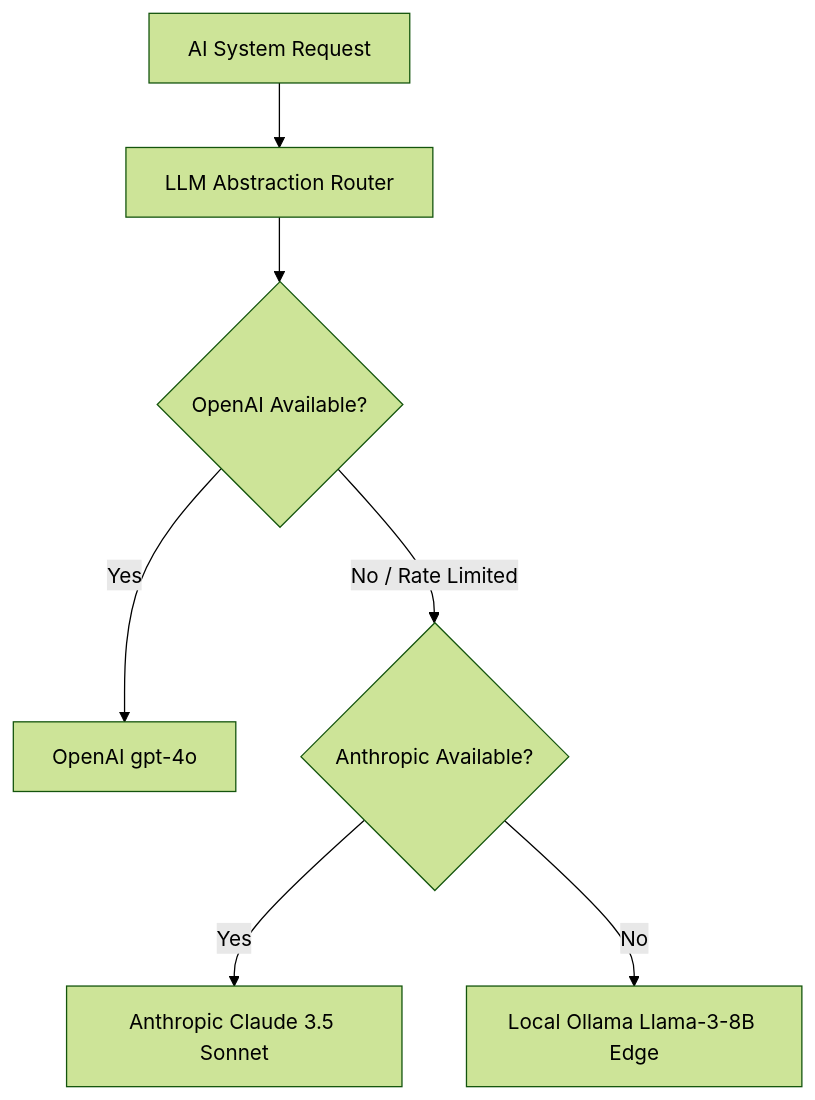
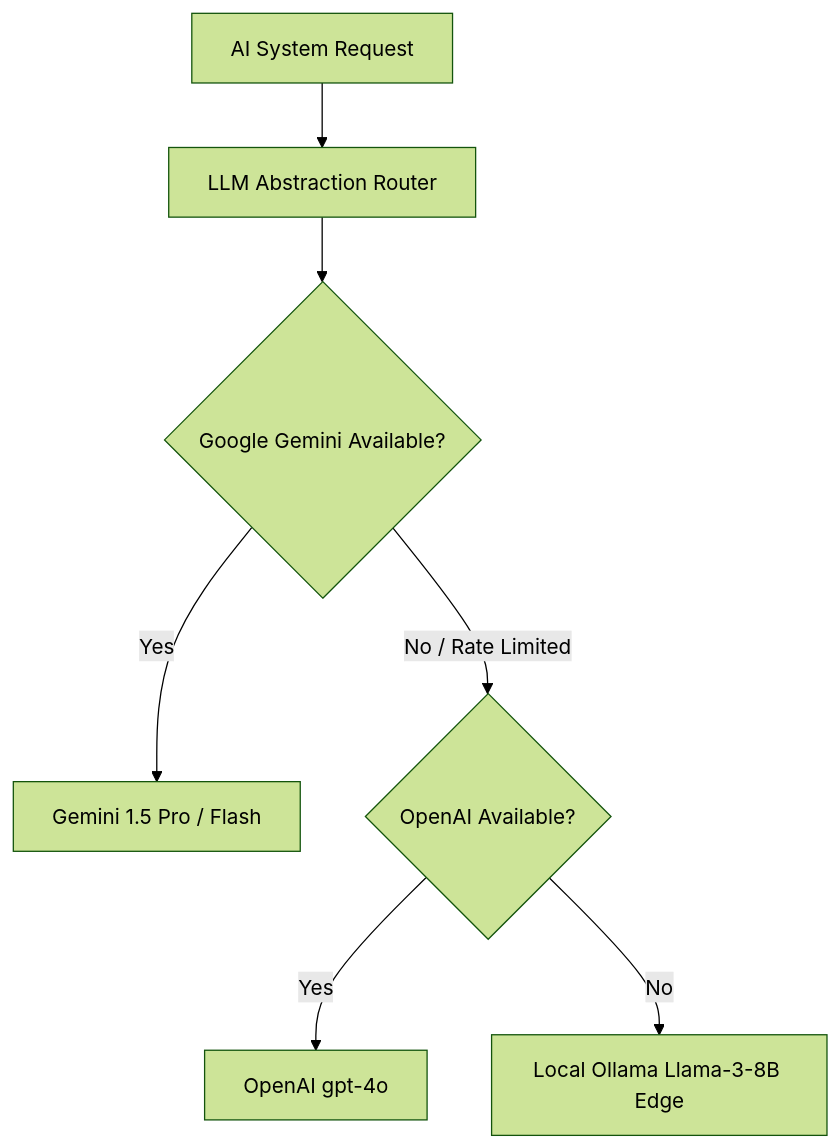
One commit to Mukherjee-Rik/ProjectAtlas changed the sixth of 7 diagrams in docs/10-ai-brain.md. Above: the diagram before and after it, drawn with Mermaid (forest theme). The commit also changed other lines of this file and 3 other files, not shown here.

Commit message:
docs: remove external assistant references and standardize architecture documentation

````diff
--- a/docs/10-ai-brain.md
+++ b/docs/10-ai-brain.md
@@ -168,11 +168,11 @@
 ```mermaid
 graph TD
     Request[AI System Request] --> Router[LLM Abstraction Router]
     
-    Router --> CheckPrimary{OpenAI Available?}
-    CheckPrimary -- Yes --> GPT4[OpenAI gpt-4o]
-    CheckPrimary -- No / Rate Limited --> CheckSecondary{Anthropic Available?}
+    Router --> CheckPrimary{Google Gemini Available?}
+    CheckPrimary -- Yes --> GeminiModel[Gemini 1.5 Pro / Flash]
+    CheckPrimary -- No / Rate Limited --> CheckSecondary{OpenAI Available?}
     
-    CheckSecondary -- Yes --> Claude[Anthropic Claude 3.5 Sonnet]
+    CheckSecondary -- Yes --> GPT4[OpenAI gpt-4o]
     CheckSecondary -- No --> LocalFallback[Local Ollama Llama-3-8B Edge]
 ```
````
